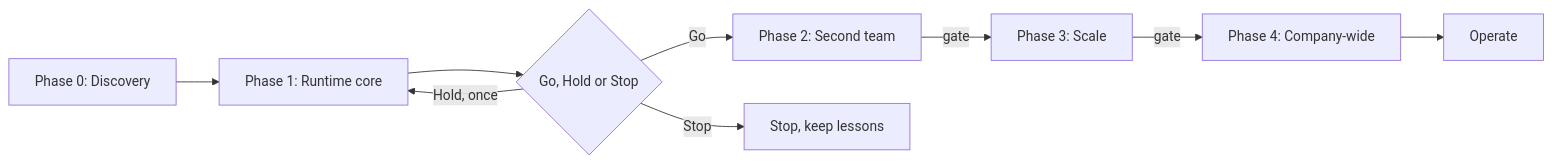
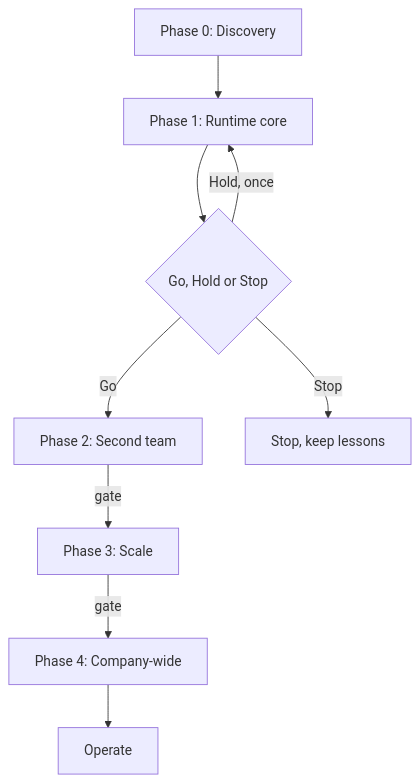
One commit to SatyamChouksey-88/local-agentic-ai-platform changed the fourth of 4 diagrams in README.md. Above: the diagram before and after it, drawn with Mermaid. The commit also changed other lines of this file, not shown here.

Commit message:
Draw architecture and roadmap diagrams top to bottom for readability

````diff
--- a/README.md
+++ b/README.md
@@ -138,13 +138,13 @@
 ```mermaid
-flowchart LR
+flowchart TD
   accTitle: Phase-gate roadmap
   accDescr: Phase 0 Discovery leads to Phase 1 Runtime core, which ends in a Go, Hold or Stop decision. Go leads to Phase 2, Phase 3, Phase 4 and then continuous operation. Hold allows one improvement cycle and a re-run. Stop ends the project and keeps the lessons.
   P0["Phase 0: Discovery"] --> P1["Phase 1: Runtime core"]
   P1 --> G{"Go, Hold or Stop"}
   G -- "Go" --> P2["Phase 2: Second team"]
   G -- "Hold, once" --> P1
   G -- "Stop" --> S["Stop, keep lessons"]
   P2 -- "gate" --> P3["Phase 3: Scale"]
   P3 -- "gate" --> P4["Phase 4: Company-wide"]
   P4 --> OP["Operate"]
 ```
````
